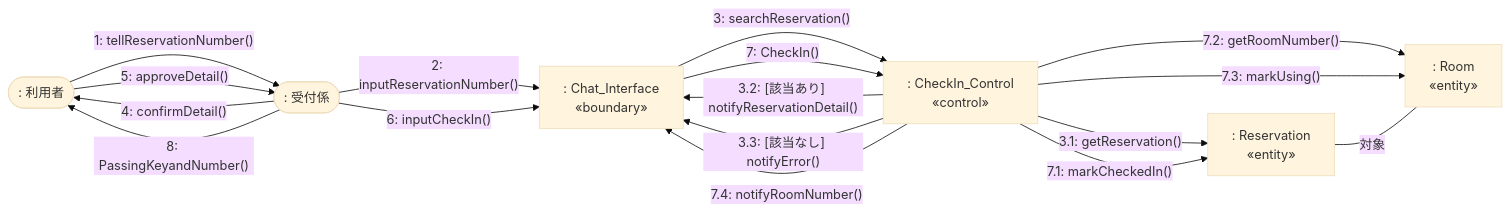
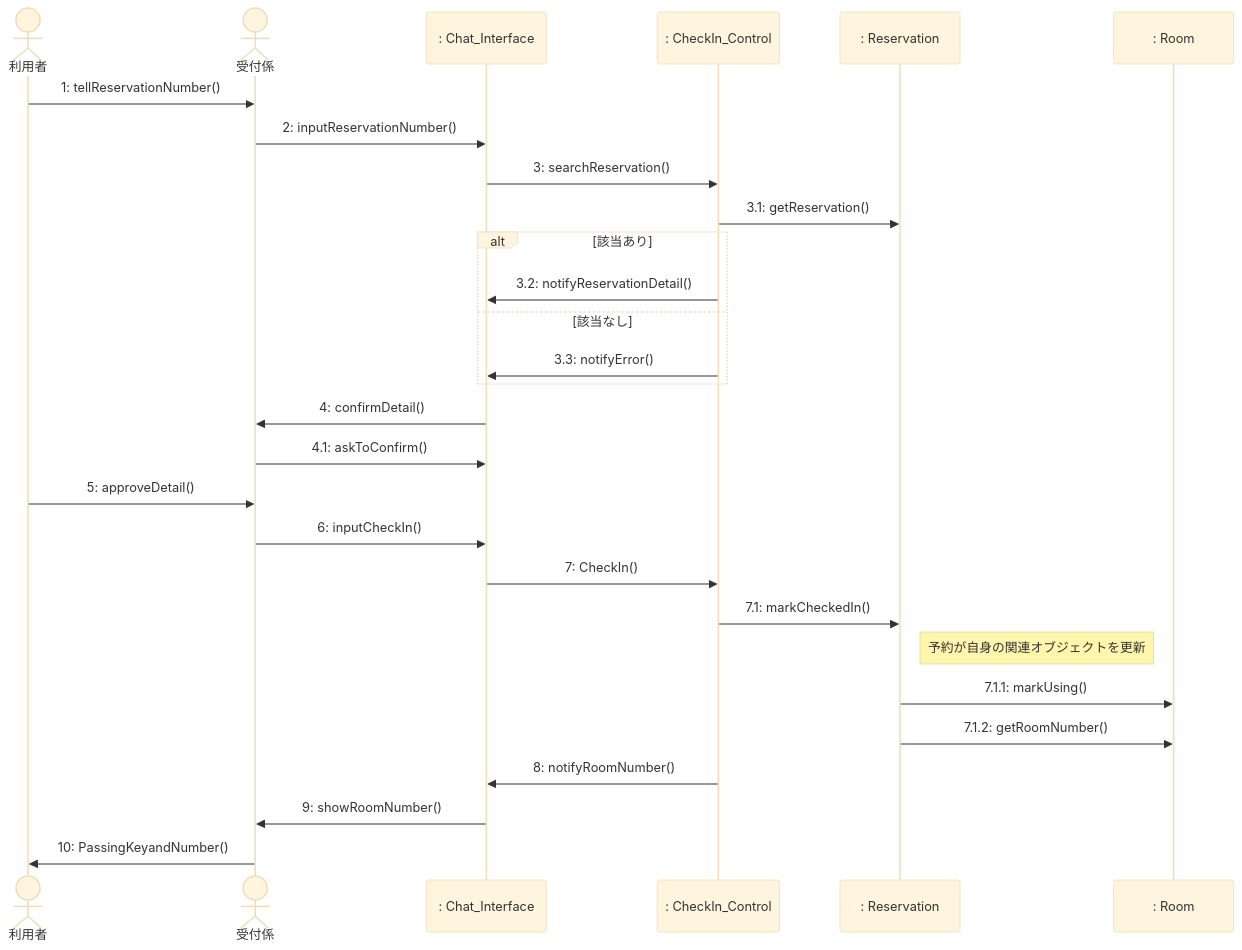
Before and after one commit to Kohki-tyl/HRS: the second of 4 diagrams in System_Analysis.md, drawn with Mermaid (base theme). The commit also changed other lines of this file and 1 other file, not shown here.

Commit message:
-シーケンス図をmermaidで作成 -Reservationとroomの関連に合わせてコミュニケーション図を書き換え -クラス図を編集完了

````diff
--- a/System_Analysis.md
+++ b/System_Analysis.md
@@ -69,35 +84,36 @@
 ```mermaid
-flowchart LR
-    U([": 利用者"])
-    C([": 受付係"])
-    B[": Chat_Interface<br/>«boundary»"]
-    Ctrl[": CheckIn_Control<br/>«control»"]
-    RV[": Reservation<br/>«entity»"]
-    RM[": Room<br/>«entity»"]
+sequenceDiagram
+    actor U as 利用者
+    actor R as 受付係
+    participant UI as : Chat_Interface
+    participant C as : CheckIn_Control
+    participant RS as : Reservation
+    participant RM as : Room
 
-    %% 1. 予約の照会フェーズ
-    U -->|"1: tellReservationNumber()"| C
-    C -->|"2: inputReservationNumber()"| B
-    B -->|"3: searchReservation()"| Ctrl
-    Ctrl -->|"3.1: getReservation()"| RV
-
-    %% 照会結果の分岐通知
-    Ctrl -->|"3.2: [該当あり] notifyReservationDetail()"| B
-    Ctrl -->|"3.3: [該当なし] notifyError()"| B
-    C -->|"4: confirmDetail()"| U
-
-    %% 2. チェックイン確定・状態更新フェーズ
-    U -->|"5: approveDetail()"| C
-    C -->|"6: inputCheckIn()"| B
-    B -->|"7: CheckIn()"| Ctrl
-    Ctrl -->|"7.1: markCheckedIn()"| RV
-    Ctrl -->|"7.2: getRoomNumber()"| RM
-    Ctrl -->|"7.3: markUsing()"| RM
-
-    %% 完了通知と鍵渡し
-    Ctrl -->|"7.4: notifyRoomNumber()"| B
-    C -->|"8: PassingKeyandNumber()"| U
-
-    %% 
-    RV ---|"対象"| RM
+    U->>R: 1: tellReservationNumber()
+    R->>UI: 2: inputReservationNumber()
+    UI->>C: 3: searchReservation()
+    C->>RS: 3.1: getReservation()
+    
+    alt 該当あり
+        C->>UI: 3.2: notifyReservationDetail()
+    else 該当なし
+        C->>UI: 3.3: notifyError()
+    end
+    
+    UI->>R: 4: confirmDetail()
+    R->>UI: 4.1: askToConfirm()
+    U->>R: 5: approveDetail()
+    R->>UI: 6: inputCheckIn()
+    
+    UI->>C: 7: CheckIn()
+    C->>RS: 7.1: markCheckedIn()
+    
+    Note right of RS: 予約が自身の関連オブジェクトを更新
+    RS->>RM: 7.1.1: markUsing()
+    RS->>RM: 7.1.2: getRoomNumber()
+    
+    C->>UI: 8: notifyRoomNumber()
+    UI->>R: 9: showRoomNumber()
+    R->>U: 10: PassingKeyandNumber()
 ```
````
